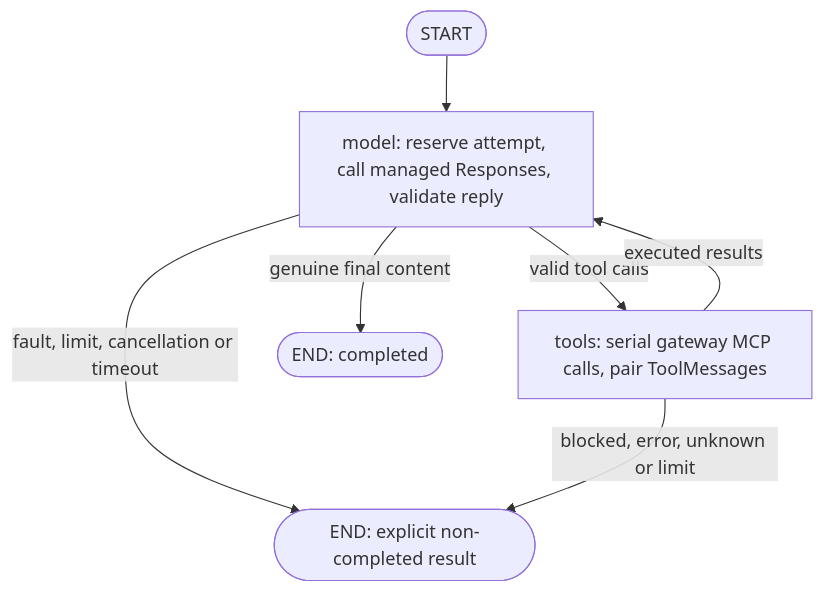
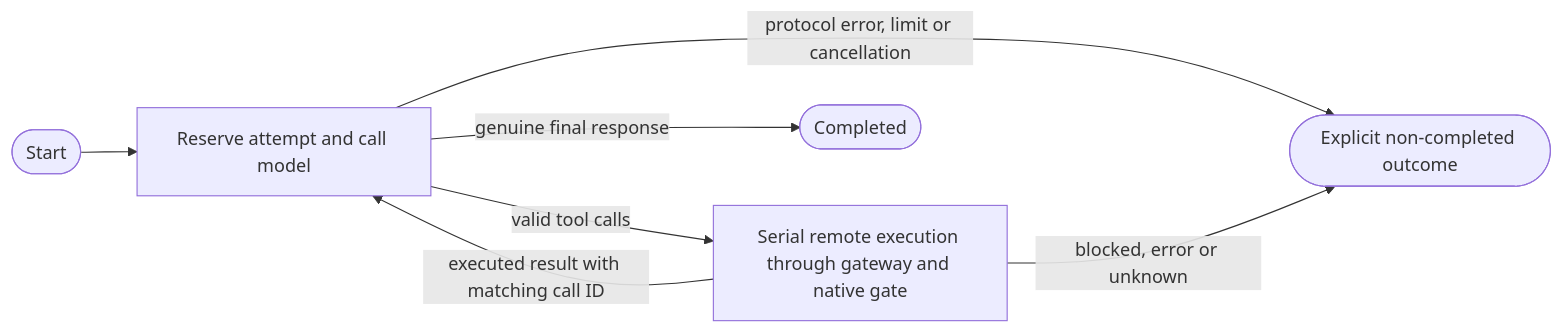
Before and after one commit to caldeirav/sub15-breaker: the second of 2 diagrams in README.md, drawn with Mermaid. The commit also changed other lines of this file and 85 other files, not shown here.

````diff
--- a/README.md
+++ b/README.md
@@ -142,9 +88,9 @@
 ```mermaid
-flowchart TD
-    S([START]) --> Model["model: reserve attempt, call managed Responses, validate reply"]
-    Model -->|valid tool calls| Tools["tools: serial gateway MCP calls, pair ToolMessages"]
-    Tools -->|executed results| Model
-    Model -->|genuine final content| E([END: completed])
-    Model -->|fault, limit, cancellation or timeout| F([END: explicit non-completed result])
-    Tools -->|blocked, error, unknown or limit| F
+flowchart LR
+    S([Start]) --> M[Reserve attempt and call model]
+    M -->|valid tool calls| T[Serial remote execution through gateway and native gate]
+    T -->|executed result with matching call ID| M
+    M -->|genuine final response| E([Completed])
+    M -->|protocol error, limit or cancellation| F([Explicit non-completed outcome])
+    T -->|blocked, error or unknown| F
 ```
````
